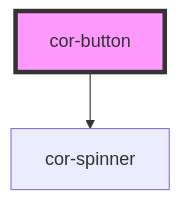
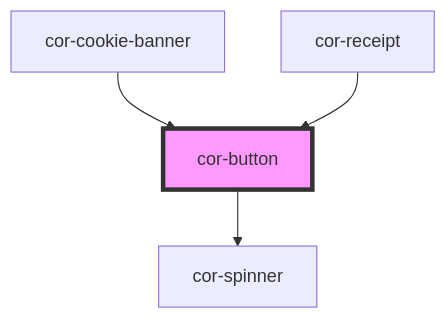
Before and after one commit to egov-moldova/design-system: the diagram in src/components/cor-button/readme.md, drawn with Mermaid. The commit also changed other lines of this file and 20 other files, not shown here.

````diff
--- a/src/components/cor-button/readme.md
+++ b/src/components/cor-button/readme.md
@@ -54,5 +59,7 @@
 ```mermaid
 graph TD;
   cor-button --> cor-spinner
+  cor-cookie-banner --> cor-button
+  cor-receipt --> cor-button
   style cor-button fill:#f9f,stroke:#333,stroke-width:4px
 ```
````
